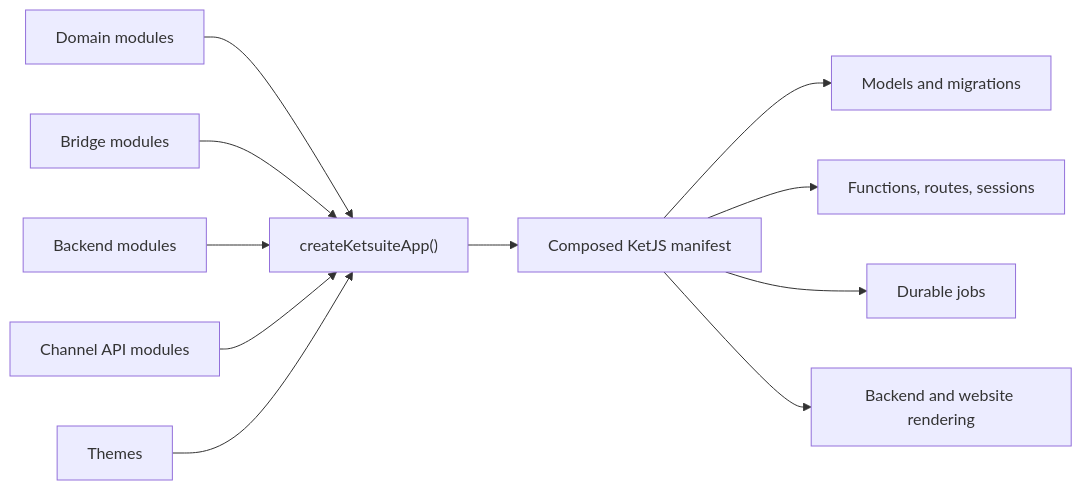
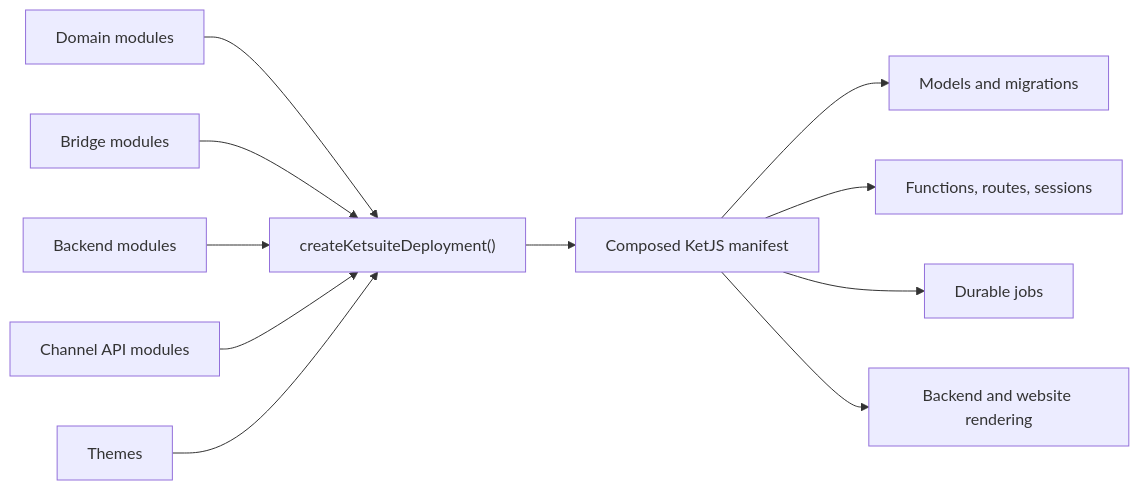
The diagram in docs/src/content/docs/ketsuite/index.md (ketvietlab/ketjs), drawn with Mermaid before and after one commit. The commit also changed other lines of this file and 261 other files, not shown here.

Commit message:
feat: replace app lifecycle with deployment composition

````diff
--- a/docs/src/content/docs/ketsuite/index.md
+++ b/docs/src/content/docs/ketsuite/index.md
@@ -34,14 +34,14 @@
 ```mermaid
 %% File: docs/src/content/docs/ketsuite/index.md
 flowchart LR
-  app["createKetsuiteApp()"] --> manifest["Composed KetJS manifest"]
+  app["createKetsuiteDeployment()"] --> manifest["Composed KetJS manifest"]
   domain["Domain modules"] --> app
   bridge["Bridge modules"] --> app
   backend["Backend modules"] --> app
   channel["Channel API modules"] --> app
   themes["Themes"] --> app
   manifest --> database["Models and migrations"]
   manifest --> server["Functions, routes, sessions"]
   manifest --> worker["Durable jobs"]
   manifest --> ui["Backend and website rendering"]
 ```
````
